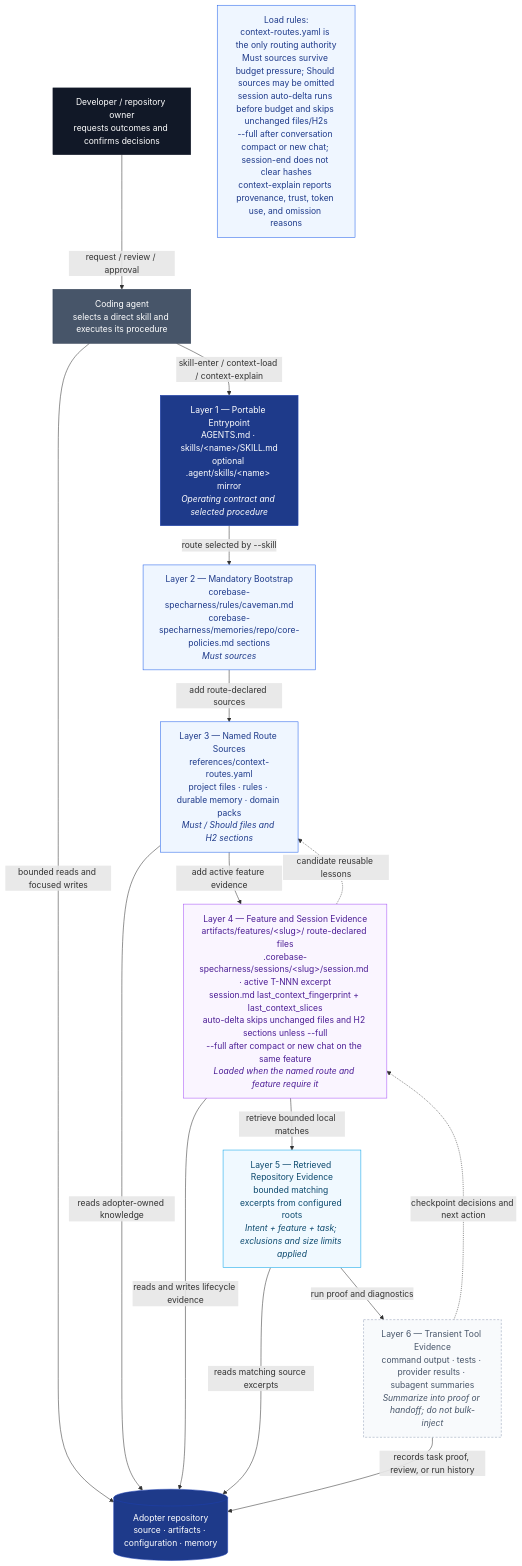
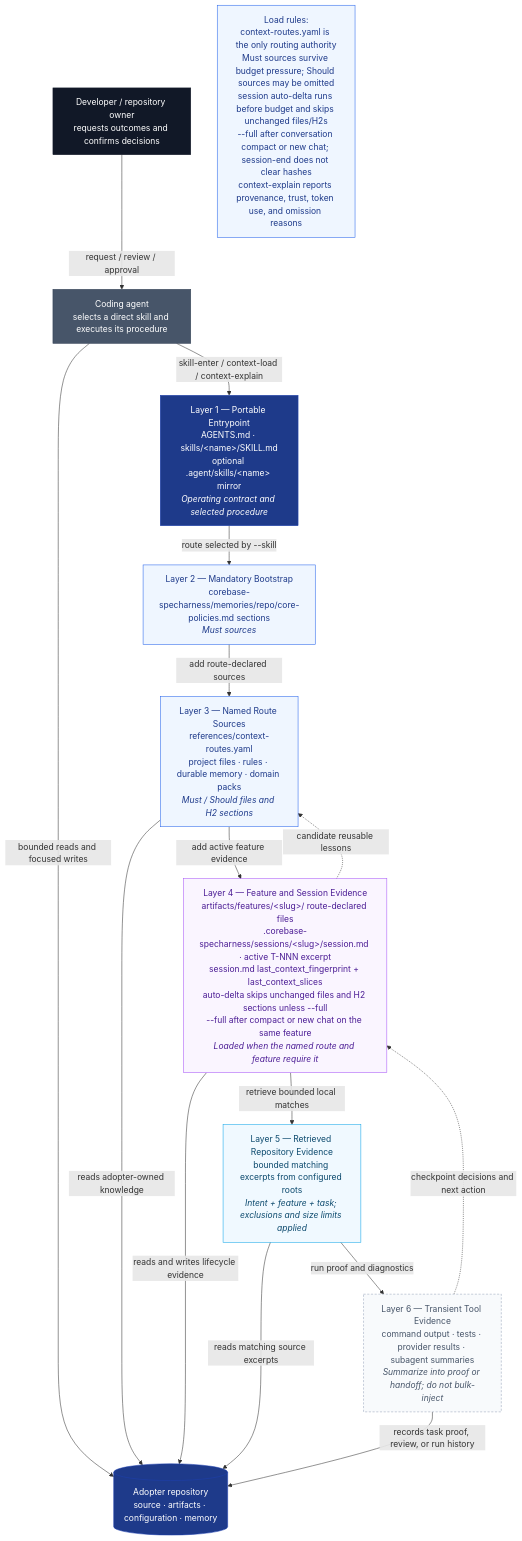
One commit to thaihai-swe/corebase-specharness changed the diagram in documents/diagrams/source/architecture/context-stack.mmd. Above: the diagram before and after it, drawn with Mermaid. The commit also changed 78 other files, not shown here.

```diff
--- a/documents/diagrams/source/architecture/context-stack.mmd
+++ b/documents/diagrams/source/architecture/context-stack.mmd
@@ -1,53 +1,53 @@
 flowchart TB
     %% CoreBase SpecHarness Context Stack — implementation authority:
     %% ARCHITECTURE.md §3.2, context_engine.py, context-routes.yaml, harness-config.yaml
     %% Palette: documents/diagrams/source/_shared/palette.md
 
     DEV["Developer / repository owner<br/>requests outcomes and confirms decisions"]:::terminal
     AGENT["Coding agent<br/>selects a direct skill and executes its procedure"]:::agent
     REPO[("Adopter repository<br/>source · artifacts · configuration · memory")]:::host
 
     DEV -->|request / review / approval| AGENT
     AGENT -->|bounded reads and focused writes| REPO
 
     T1["Layer 1 — Portable Entrypoint<br/>AGENTS.md · skills/&lt;name&gt;/SKILL.md<br/>optional .agent/skills/&lt;name&gt; mirror<br/><em>Operating contract and selected procedure</em>"]:::host
-    T2["Layer 2 — Mandatory Bootstrap<br/>corebase-specharness/rules/caveman.md<br/>corebase-specharness/memories/repo/core-policies.md sections<br/><em>Must sources</em>"]:::core
+    T2["Layer 2 — Mandatory Bootstrap<br/>corebase-specharness/memories/repo/core-policies.md sections<br/><em>Must sources</em>"]:::core
     T3["Layer 3 — Named Route Sources<br/>references/context-routes.yaml<br/>project files · rules · durable memory · domain packs<br/><em>Must / Should files and H2 sections</em>"]:::core
     T4["Layer 4 — Feature and Session Evidence<br/>artifacts/features/&lt;slug&gt;/ route-declared files<br/>.corebase-specharness/sessions/&lt;slug&gt;/session.md · active T-NNN excerpt<br/>session.md last_context_fingerprint + last_context_slices<br/>auto-delta skips unchanged files and H2 sections unless --full<br/>--full after compact or new chat on the same feature<br/><em>Loaded when the named route and feature require it</em>"]:::memory
     T5["Layer 5 — Retrieved Repository Evidence<br/>bounded matching excerpts from configured roots<br/><em>Intent + feature + task; exclusions and size limits applied</em>"]:::external
     T6["Layer 6 — Transient Tool Evidence<br/>command output · tests · provider results · subagent summaries<br/><em>Summarize into proof or handoff; do not bulk-inject</em>"]:::optional
 
     T1 -->|route selected by --skill| T2
     T2 -->|add route-declared sources| T3
     T3 -->|add active feature evidence| T4
     T4 -->|retrieve bounded local matches| T5
     T5 -->|run proof and diagnostics| T6
 
     AGENT -->|skill-enter / context-load / context-explain| T1
     T3 -->|reads adopter-owned knowledge| REPO
     T4 -->|reads and writes lifecycle evidence| REPO
     T5 -->|reads matching source excerpts| REPO
     T6 -->|records task proof, review, or run history| REPO
 
     T6 -.->|checkpoint decisions and next action| T4
     T4 -.->|candidate reusable lessons| T3
 
     LOAD["Load rules:<br/>context-routes.yaml is the only routing authority<br/>Must sources survive budget pressure; Should sources may be omitted<br/>session auto-delta runs before budget and skips unchanged files/H2s<br/>--full after conversation compact or new chat; session-end does not clear hashes<br/>context-explain reports provenance, trust, token use, and omission reasons"]:::core
 
     classDef terminal fill:#111827,stroke:#111827,color:#fff
     classDef core fill:#eff6ff,stroke:#2563eb,color:#1e3a8a
     classDef gate fill:#ecfdf5,stroke:#16a34a,color:#166534
     classDef decision fill:#fff7ed,stroke:#f59e0b,color:#78350f
     classDef optional fill:#f8fafc,stroke:#94a3b8,color:#475569,stroke-dasharray:4 3
     classDef external fill:#f0f9ff,stroke:#0ea5e9,color:#0c4a6e
     classDef memory fill:#faf5ff,stroke:#a855f7,color:#4c1d95
     classDef host fill:#1e3a8a,stroke:#1e40af,color:#fff
     classDef agent fill:#475569,stroke:#334155,color:#fff
 
     class DEV terminal
     class T2,T3,LOAD core
     class T6 optional
     class T5 external
     class T4 memory
     class T1,REPO host
     class AGENT agent
```
